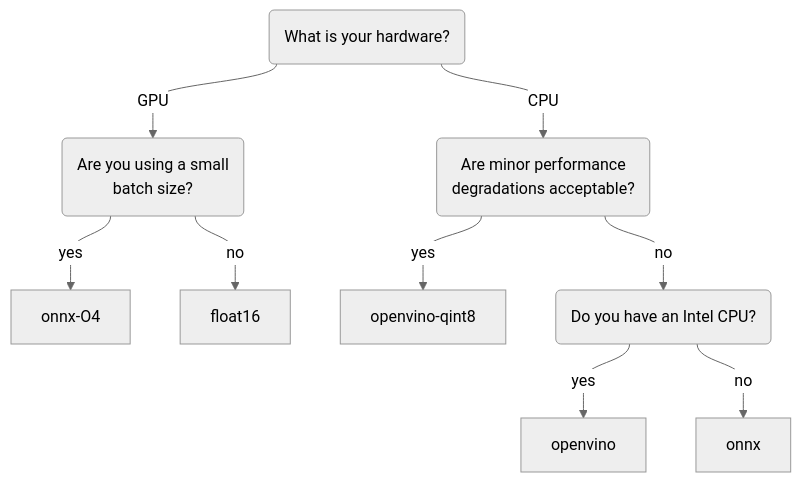
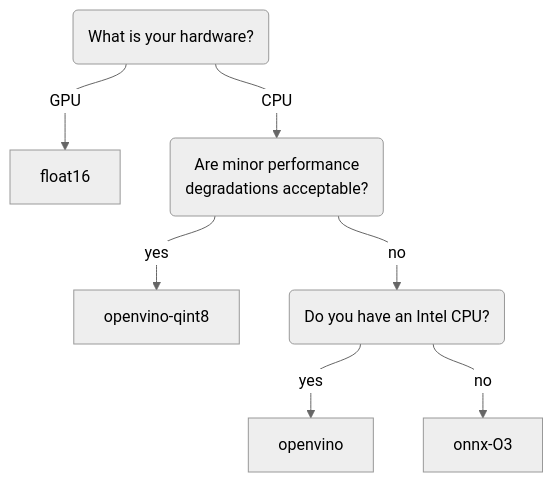
Before and after one commit to huggingface/sentence-transformers: the diagram in docs/cross_encoder/usage/efficiency.rst, drawn with Mermaid. The commit also changed other lines of this file and 11 other files, not shown here.

```diff
--- a/docs/cross_encoder/usage/efficiency.rst
+++ b/docs/cross_encoder/usage/efficiency.rst
@@ -622,22 +649,19 @@
 .. mermaid::
    
    %%{init: {
       "theme": "neutral",
       "flowchart": {
          "curve": "bumpY"
       }
    }}%%
    graph TD
-   A("What is your hardware?") -->|GPU| B("Are you using a small<br>batch size?")
+   A("What is your hardware?") -->|GPU| F[float16]
    A -->|CPU| C("Are minor performance<br>degradations acceptable?")
-   B -->|yes| D[onnx-O4]
-   B -->|no| F[float16]
    C -->|yes| G[openvino-qint8]
    C -->|no| H("Do you have an Intel CPU?")
    H -->|yes| I[openvino]
-   H -->|no| J[onnx]
-   click D "#optimizing-onnx-models"
+   H -->|no| J[onnx-O3]
    click F "#pytorch"
    click G "#quantizing-openvino-models"
    click I "#openvino"
-   click J "#onnx"
+   click J "#optimizing-onnx-models"
```
